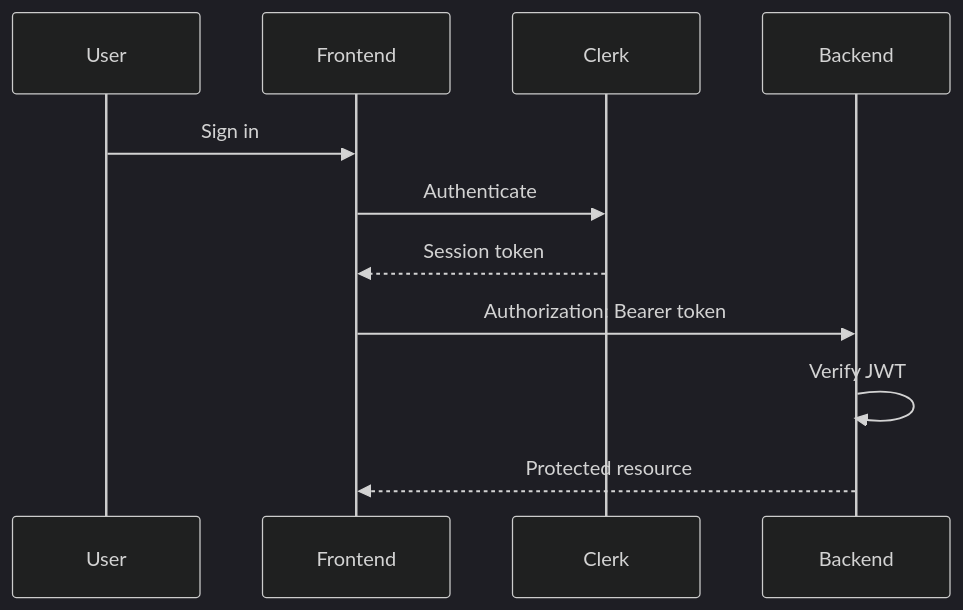
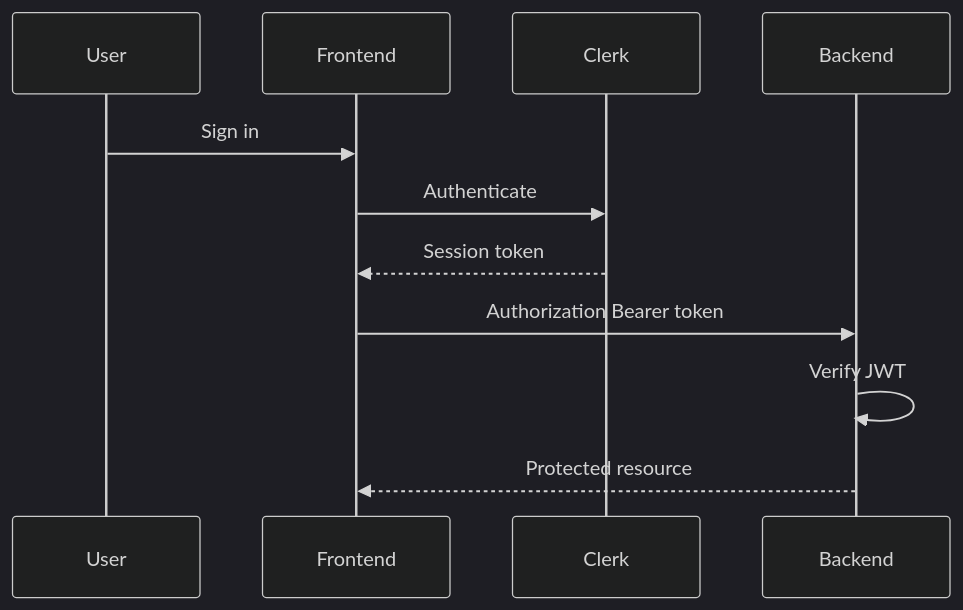
Before and after one commit to Ahmad-IR122/Miles: the second of 2 diagrams in README.md, drawn with Mermaid (dark theme). The commit also changed other lines of this file, not shown here.

````diff
--- a/README.md
+++ b/README.md
@@ -276,14 +277,14 @@
 ```mermaid
 sequenceDiagram
     participant User
     participant Frontend
     participant Clerk
     participant Backend
 
     User->>Frontend: Sign in
     Frontend->>Clerk: Authenticate
     Clerk-->>Frontend: Session token
-    Frontend->>Backend: Authorization: Bearer token
+    Frontend->>Backend: Authorization Bearer token
     Backend->>Backend: Verify JWT
     Backend-->>Frontend: Protected resource
 ```
````
